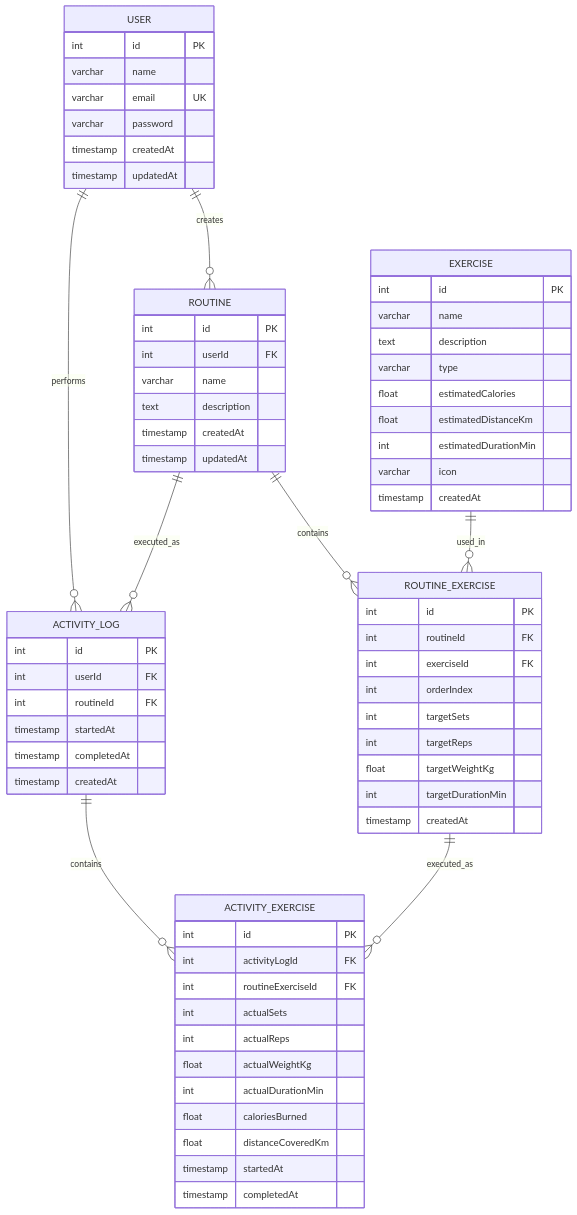
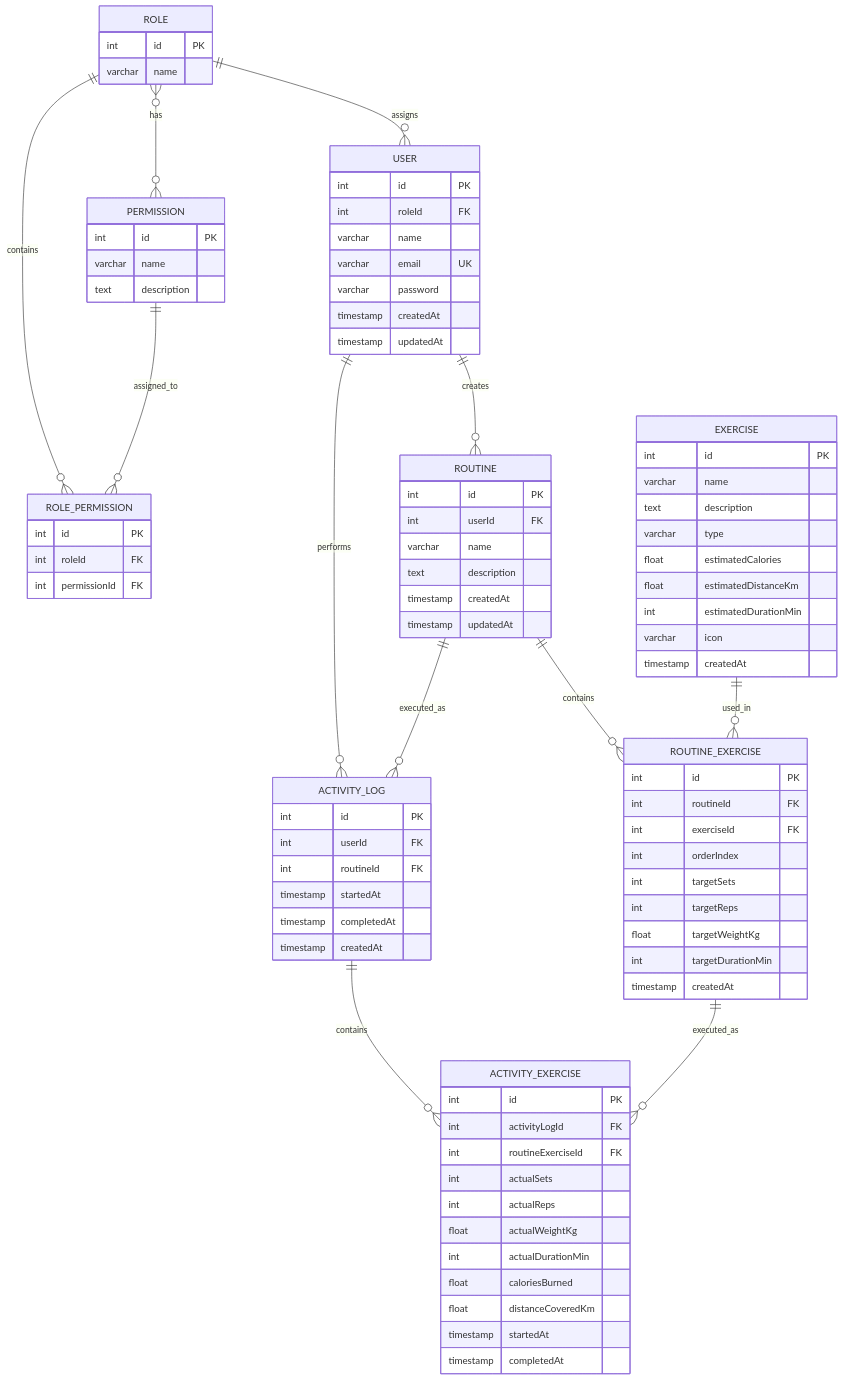
The diagram in README.md (Kelocoes/compunet2-20262), drawn with Mermaid before and after one commit. The commit also changed 31 other files, not shown here.

````diff
--- a/README.md
+++ b/README.md
@@ -1,8 +1,26 @@
 ```mermaid
 erDiagram
 
+    ROLE {
+        int id PK
+        varchar name
+    }
+
+    PERMISSION {
+        int id PK
+        varchar name
+        text description
+    }
+
+    ROLE_PERMISSION {
+        int id PK
+        int roleId FK
+        int permissionId FK
+    }
+
     USER {
         int id PK
+        int roleId FK
         varchar name
         varchar email UK
         varchar password
@@ -75,6 +93,11 @@
         timestamp completedAt
     }
 
+    ROLE ||--o{ USER : assigns
+    ROLE }o--o{ PERMISSION : has
+    ROLE ||--o{ ROLE_PERMISSION : contains
+    PERMISSION ||--o{ ROLE_PERMISSION : assigned_to
+
     USER ||--o{ ROUTINE : creates
 
     USER ||--o{ ACTIVITY_LOG : performs
````
